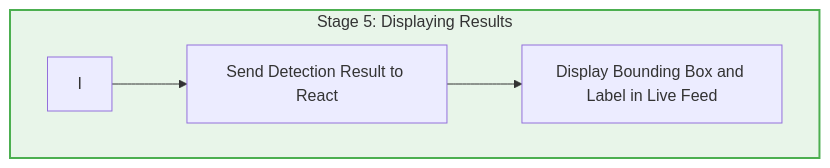
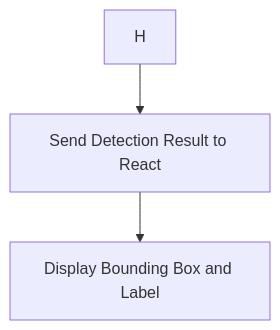
One commit to Tharun-selladurai/face_liveliness_web_platform changed the fifth of 6 diagrams in README.md. Above: the diagram before and after it, drawn with Mermaid. The commit also changed other lines of this file, not shown here.

````diff
--- a/README.md
+++ b/README.md
@@ -70,8 +107,5 @@
-```mermaid
-graph TD;
-    subgraph Stage5[Stage 5: Displaying Results]
-    style Stage5 fill:#E8F5E9,stroke:#4CAF50,stroke-width:2px;
-        I --> J[Send Detection Result to React]
-        J --> K[Display Bounding Box and Label in Live Feed]
-    end
-```
+   ```mermaid
+   graph TD;
+       H --> I[Send Detection Result to React];
+       I --> J[Display Bounding Box and Label];
+   ```
````
